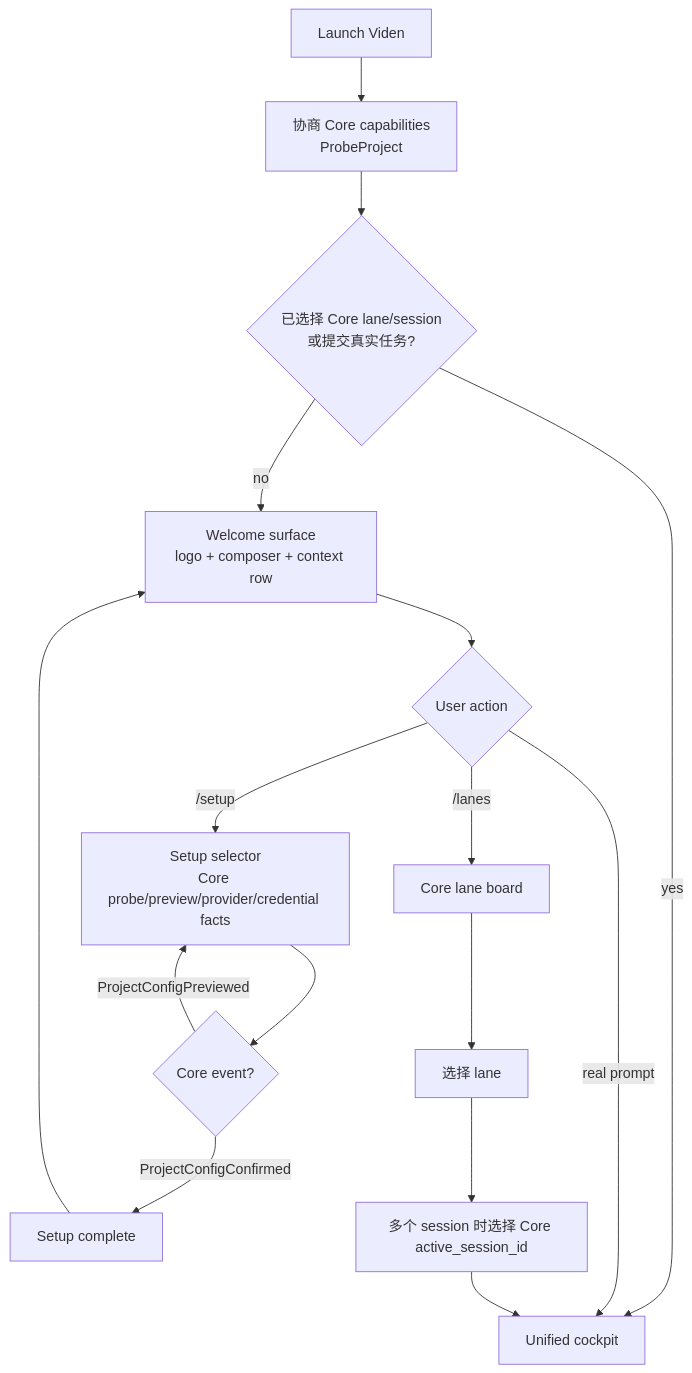
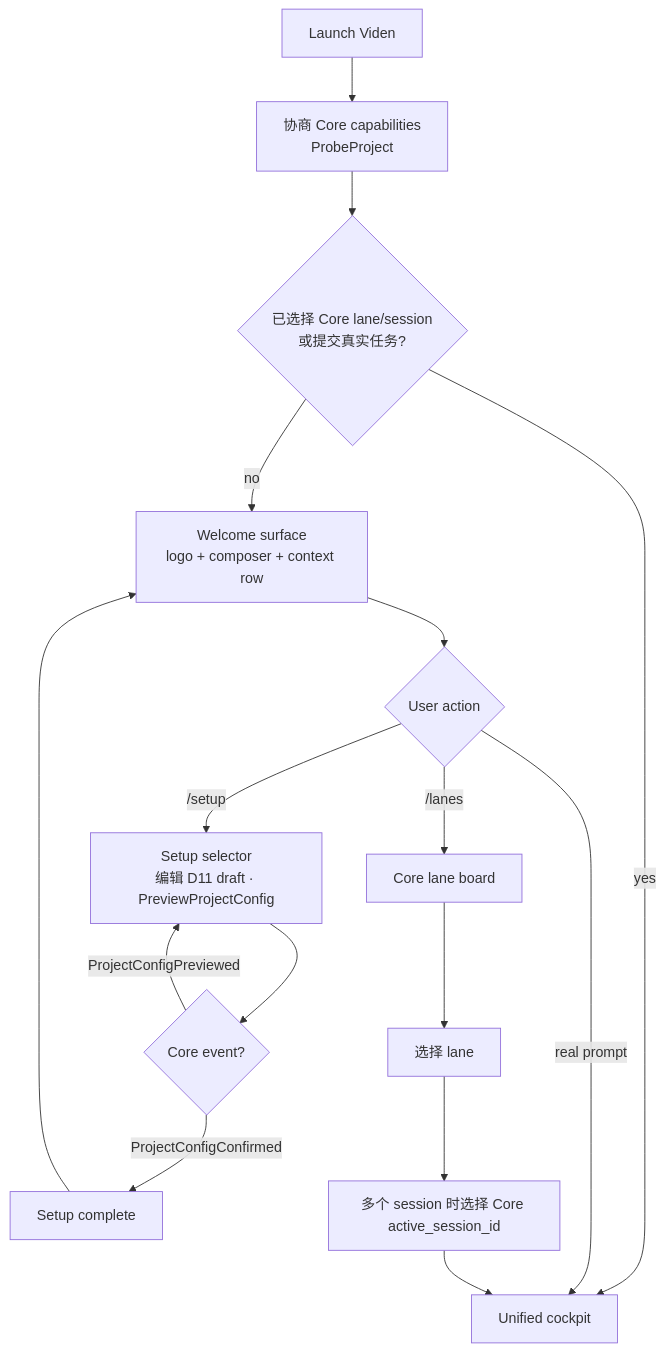
Before and after one commit to wikieden/robocode: the fourth of 10 diagrams in docs/tui-interaction-flow-design.zh-CN.md, drawn with Mermaid. The commit also changed other lines of this file and 16 other files, not shown here.

````diff
--- a/docs/tui-interaction-flow-design.zh-CN.md
+++ b/docs/tui-interaction-flow-design.zh-CN.md
@@ -138,20 +138,20 @@
 ```mermaid
 flowchart TD
     A["Launch Viden"] --> B["协商 Core capabilities<br/>ProbeProject"]
     B --> C{"已选择 Core lane/session<br/>或提交真实任务?"}
     C -->|no| D["Welcome surface<br/>logo + composer + context row"]
     C -->|yes| E["Unified cockpit"]
 
     D --> F{"User action"}
-    F -->|/setup| G["Setup selector<br/>Core probe/preview/provider/credential facts"]
+    F -->|/setup| G["Setup selector<br/>编辑 D11 draft · PreviewProjectConfig"]
     F -->|/lanes| H["Core lane board"]
     F -->|real prompt| E
 
     G --> I{"Core event?"}
     I -->|ProjectConfigPreviewed| G
     I -->|ProjectConfigConfirmed| J["Setup complete"]
     J --> D
     H --> K["选择 lane"]
     K --> L["多个 session 时选择 Core active_session_id"]
     L --> E
 ```
````
